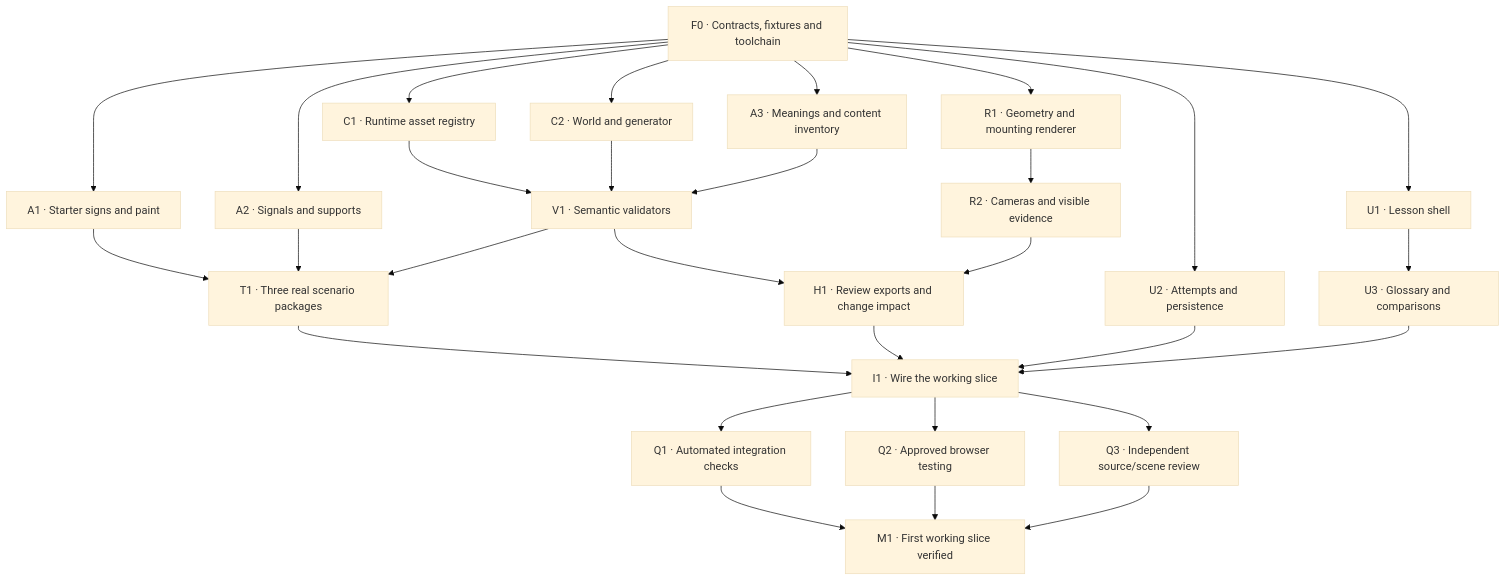
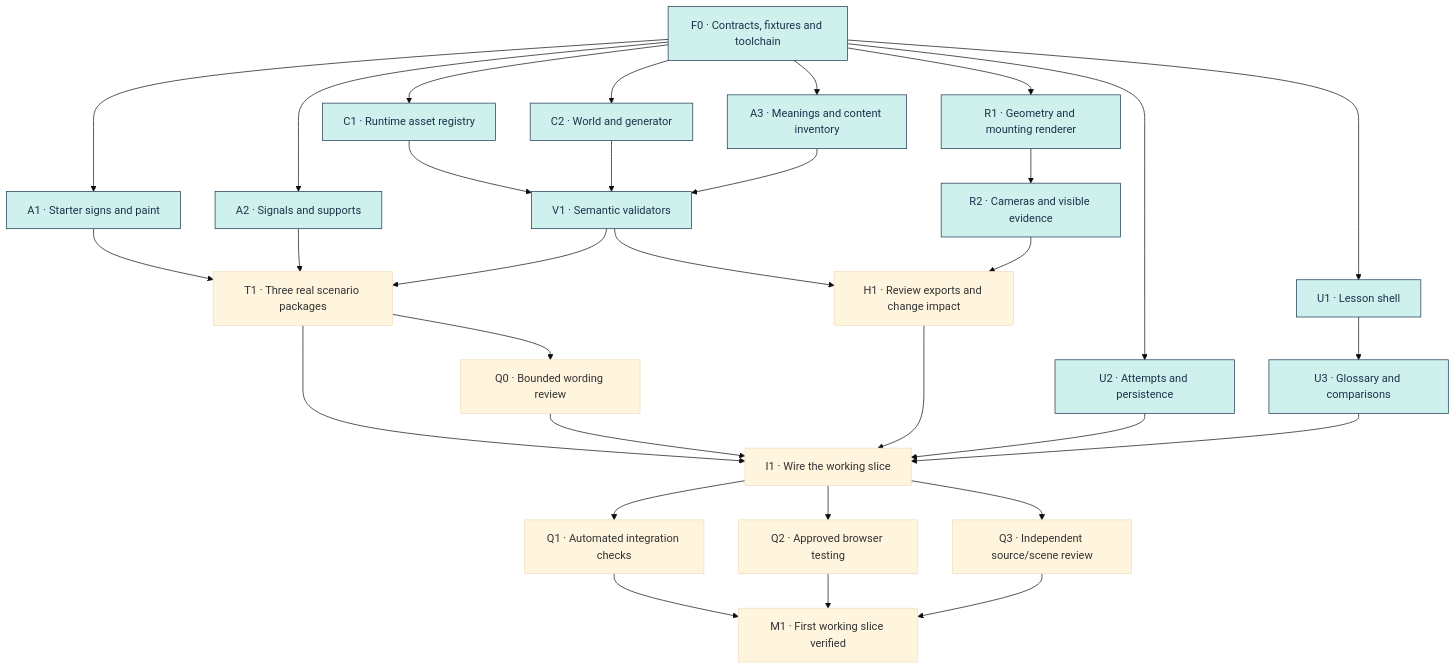
One commit to aniruddha-adhikary/drive-with-ottie changed the first of 2 diagrams in docs/EXECUTION-PLAN.md. Above: the diagram before and after it, drawn with Mermaid (base theme). The commit also changed other lines of this file and 2 other files, not shown here.

Commit message:
docs: record delivered modules and remaining first-slice work

````diff
--- a/docs/EXECUTION-PLAN.md
+++ b/docs/EXECUTION-PLAN.md
@@ -69,32 +180,36 @@
 ```mermaid
 flowchart TD
     F0["F0 · Contracts, fixtures and toolchain"]
     F0 --> A1["A1 · Starter signs and paint"]
     F0 --> A2["A2 · Signals and supports"]
     F0 --> A3["A3 · Meanings and content inventory"]
     F0 --> C1["C1 · Runtime asset registry"]
     F0 --> C2["C2 · World and generator"]
     F0 --> R1["R1 · Geometry and mounting renderer"]
     F0 --> U1["U1 · Lesson shell"]
     F0 --> U2["U2 · Attempts and persistence"]
     R1 --> R2["R2 · Cameras and visible evidence"]
     U1 --> U3["U3 · Glossary and comparisons"]
     C1 --> V1["V1 · Semantic validators"]
     C2 --> V1
     A3 --> V1
     A1 --> T1["T1 · Three real scenario packages"]
     A2 --> T1
     V1 --> T1
     V1 --> H1["H1 · Review exports and change impact"]
     R2 --> H1
+    T1 --> Q0["Q0 · Bounded wording review"]
     T1 --> I1["I1 · Wire the working slice"]
+    Q0 --> I1
     H1 --> I1
     U2 --> I1
     U3 --> I1
     I1 --> Q1["Q1 · Automated integration checks"]
     I1 --> Q2["Q2 · Approved browser testing"]
     I1 --> Q3["Q3 · Independent source/scene review"]
     Q1 --> M1["M1 · First working slice verified"]
     Q2 --> M1
     Q3 --> M1
+    classDef delivered fill:#CEF1EE,stroke:#18344B,color:#18344B
+    class F0,A1,A2,A3,C1,C2,R1,R2,U1,U2,U3,V1 delivered
 ```
````
